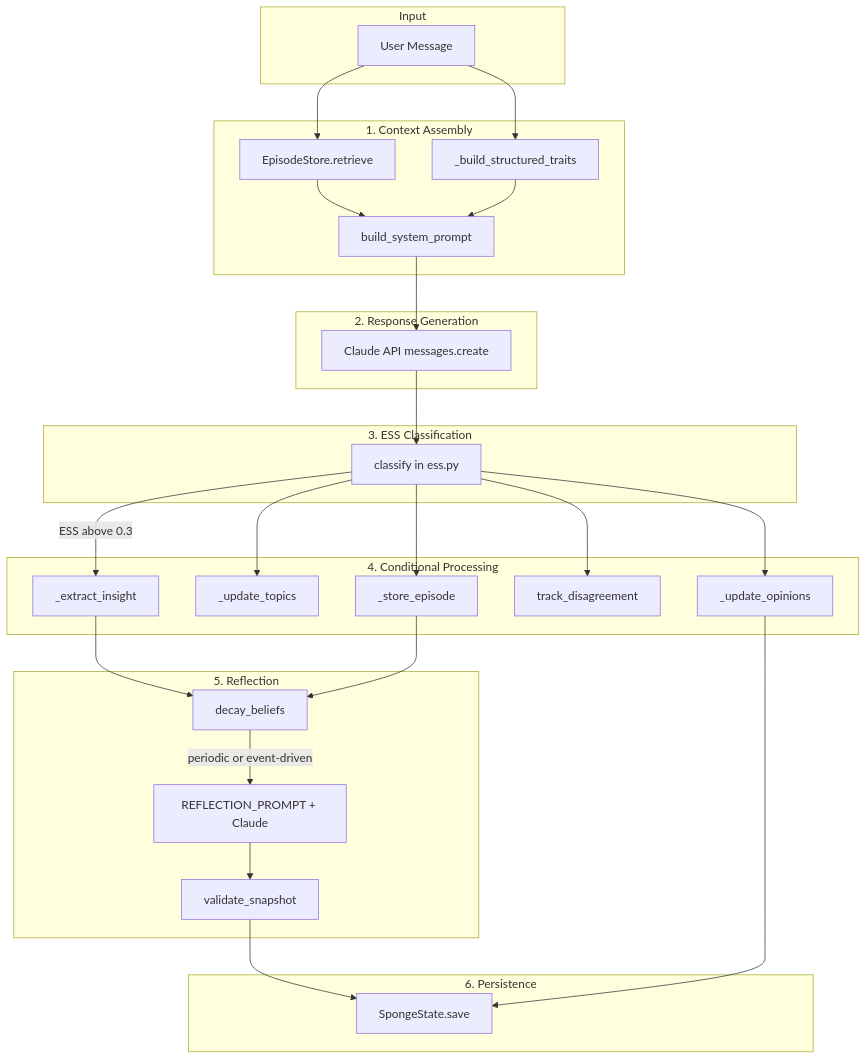
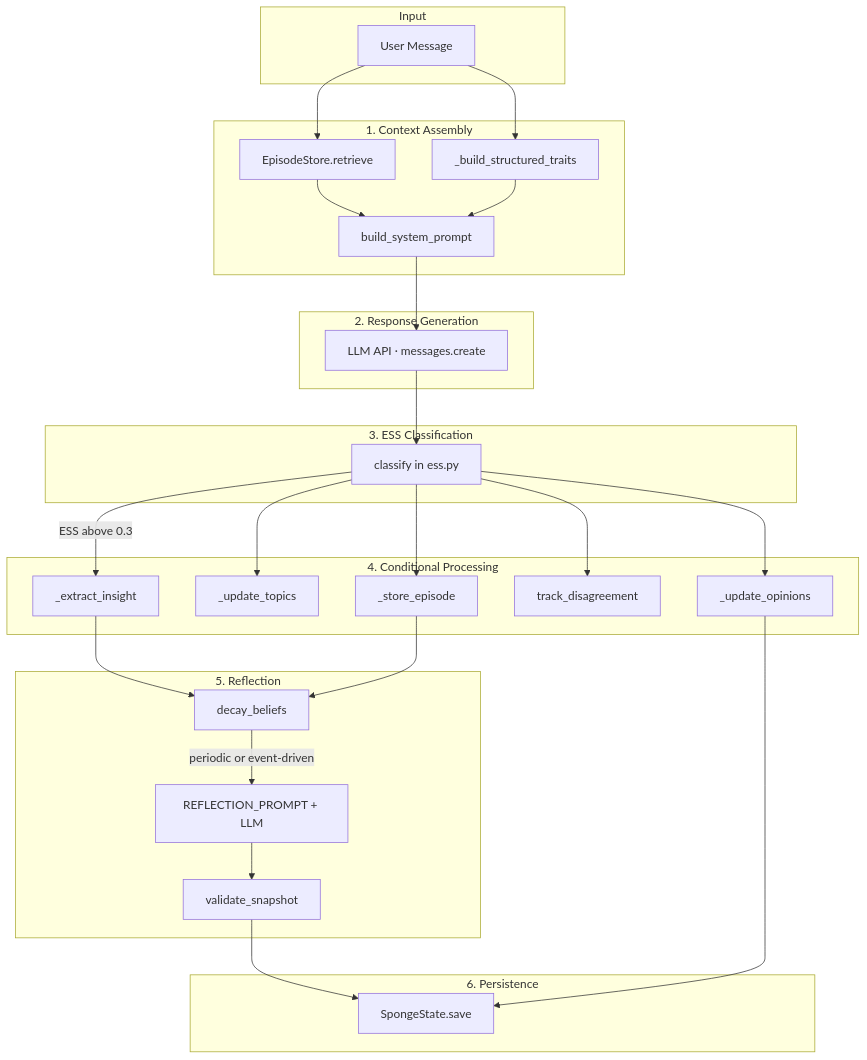
The diagram in docs/architecture/overview.md (Okm165/Sonality), drawn with Mermaid before and after one commit. The commit also changed other lines of this file and 30 other files, not shown here.

````diff
--- a/docs/architecture/overview.md
+++ b/docs/architecture/overview.md
@@ -9,56 +9,56 @@
 ```mermaid
 flowchart TB
     subgraph Input
         UM[User Message]
     end
 
     subgraph Stage1["1. Context Assembly"]
         RET[EpisodeStore.retrieve]
         TRAITS[_build_structured_traits]
         BUILD[build_system_prompt]
     end
 
     subgraph Stage2["2. Response Generation"]
-        CLAUDE[Claude API messages.create]
+        LLM["LLM API · messages.create"]
     end
 
     subgraph Stage3["3. ESS Classification"]
         CLASSIFY[classify in ess.py]
     end
 
     subgraph Stage4["4. Conditional Processing"]
         STORE[_store_episode]
         TOPICS[_update_topics]
         OPINIONS[_update_opinions]
         DISAGREE[track_disagreement]
         INSIGHT[_extract_insight]
     end
 
     subgraph Stage5["5. Reflection"]
         DECAY[decay_beliefs]
-        REFLECT[REFLECTION_PROMPT + Claude]
+        REFLECT[REFLECTION_PROMPT + LLM]
         VALIDATE[validate_snapshot]
     end
 
     subgraph Stage6["6. Persistence"]
         SAVE[SpongeState.save]
     end
 
     UM --> RET
     UM --> TRAITS
     RET --> BUILD
     TRAITS --> BUILD
-    BUILD --> CLAUDE
-    CLAUDE --> CLASSIFY
+    BUILD --> LLM
+    LLM --> CLASSIFY
     CLASSIFY --> STORE
     CLASSIFY --> TOPICS
     CLASSIFY --> OPINIONS
     CLASSIFY --> DISAGREE
     CLASSIFY --> |"ESS above 0.3"| INSIGHT
     INSIGHT --> DECAY
     STORE --> DECAY
     DECAY --> |"periodic or event-driven"| REFLECT
     REFLECT --> VALIDATE
     VALIDATE --> SAVE
     OPINIONS --> SAVE
 ```
````
